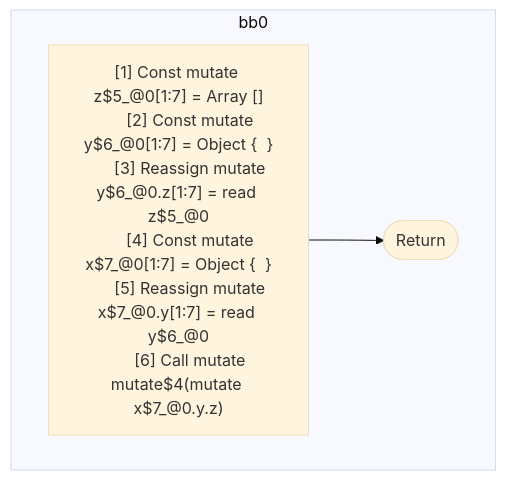
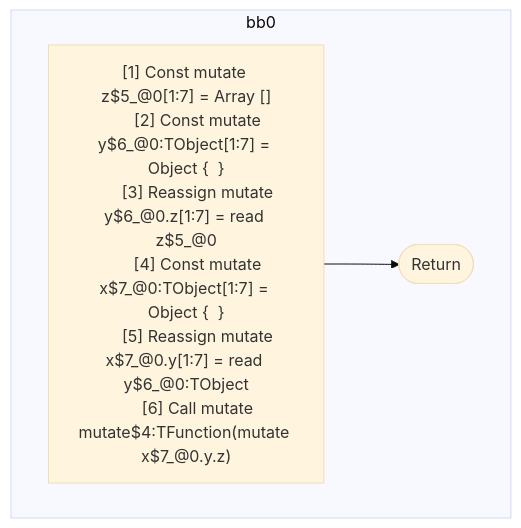
Before and after one commit to wutsmog/private: the diagram in compiler/forget/src/__tests__/fixtures/hir/alias-nested-member-path-mutate.expect.md, drawn with Mermaid (base theme). The commit also changed other lines of this file and 112 other files, not shown here.

````diff
--- a/compiler/forget/src/__tests__/fixtures/hir/alias-nested-member-path-mutate.expect.md
+++ b/compiler/forget/src/__tests__/fixtures/hir/alias-nested-member-path-mutate.expect.md
@@ -50,18 +50,18 @@
 ```mermaid
 flowchart TB
   %% Basic Blocks
   subgraph bb0
     bb0_instrs["
       [1] Const mutate z$5_@0[1:7] = Array []
-      [2] Const mutate y$6_@0[1:7] = Object {  }
+      [2] Const mutate y$6_@0:TObject[1:7] = Object {  }
       [3] Reassign mutate y$6_@0.z[1:7] = read z$5_@0
-      [4] Const mutate x$7_@0[1:7] = Object {  }
-      [5] Reassign mutate x$7_@0.y[1:7] = read y$6_@0
-      [6] Call mutate mutate$4(mutate x$7_@0.y.z)
+      [4] Const mutate x$7_@0:TObject[1:7] = Object {  }
+      [5] Reassign mutate x$7_@0.y[1:7] = read y$6_@0:TObject
+      [6] Call mutate mutate$4:TFunction(mutate x$7_@0.y.z)
     "]
     bb0_instrs --> bb0_terminal(["Return"])
   end
 
   %% Jumps
   %% empty
 ```
````
